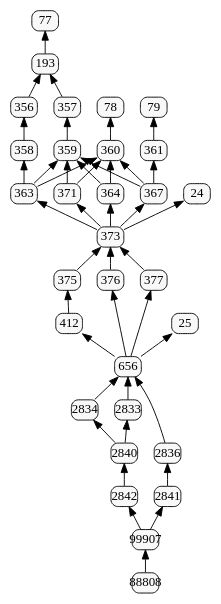
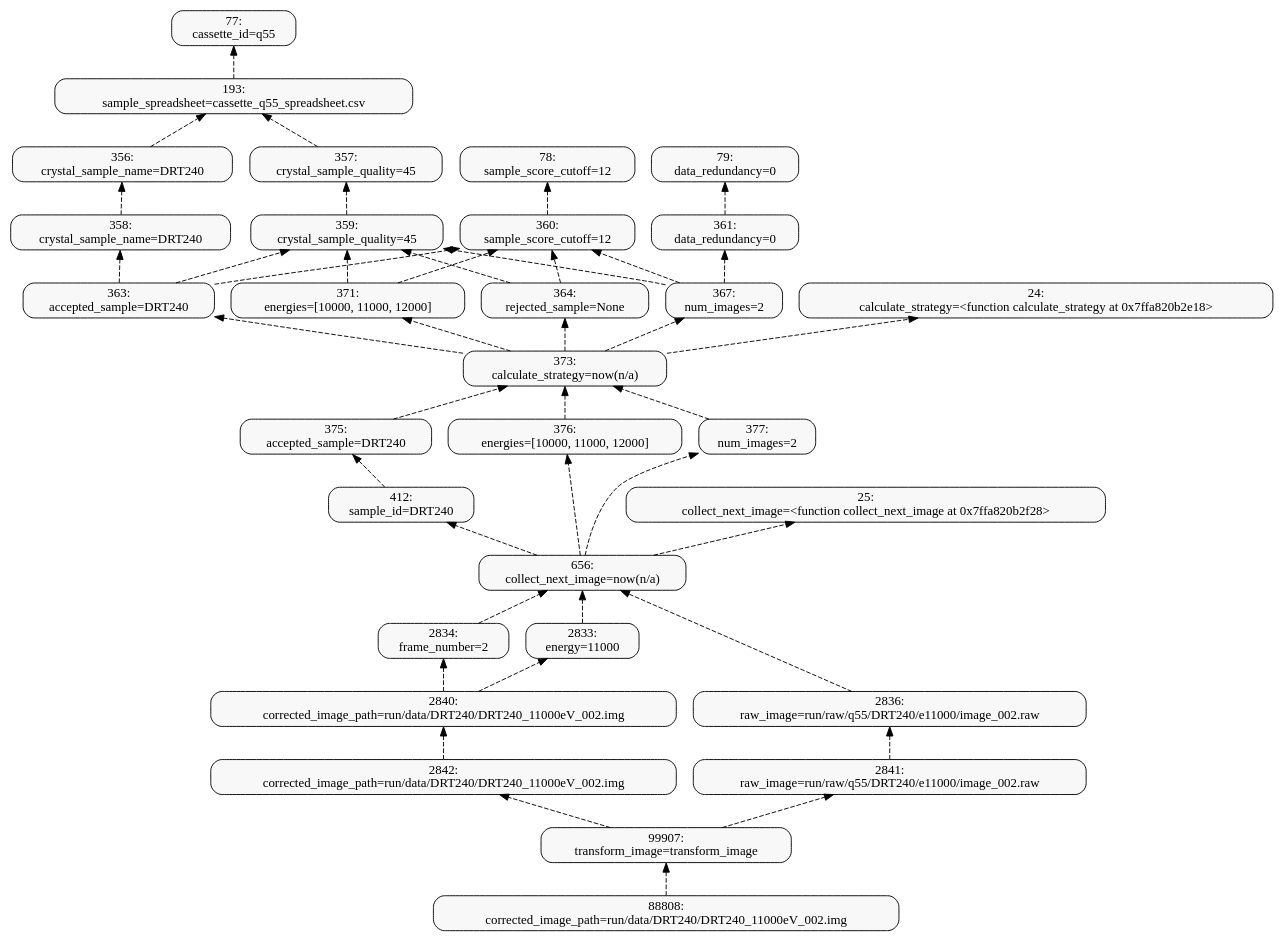
The diagram in demo/nwyw/out.gv (gems-uff/yin-yang-demo), drawn with Graphviz before and after one commit. The commit also changed 2 other files, not shown here.

Commit message:
dlv2dot now creates out.gv from Saumen's out.txt

```diff
--- a/demo/nwyw/out.gv
+++ b/demo/nwyw/out.gv
@@ -1,46 +1,45 @@
 digraph {
 rankdir=BT
-ranksep=0.35
-node [shape=box style="filled,rounded" fixedsize=true color = "#000000" fillcolor="#F8F8F8" width=0.4 height=0.3]
-edge [fontsize=9]
-193 -> 77 [color="#000000" fontcolor="#00AA00"]
-356 -> 193 [color="#000000" fontcolor="#00AA00"]
-357 -> 193 [color="#000000" fontcolor="#00AA00"]
-358 -> 356 [color="#000000" fontcolor="#00AA00"]
-359 -> 357 [color="#000000" fontcolor="#00AA00"]
-360 -> 78 [color="#000000" fontcolor="#00AA00"]
-361 -> 79 [color="#000000" fontcolor="#00AA00"]
-363 -> 358 [color="#000000" fontcolor="#00AA00"]
-363 -> 359 [color="#000000" fontcolor="#00AA00"]
-363 -> 360 [color="#000000" fontcolor="#00AA00"]
-364 -> 359 [color="#000000" fontcolor="#00AA00"]
-364 -> 360 [color="#000000" fontcolor="#00AA00"]
-367 -> 359 [color="#000000" fontcolor="#00AA00"]
-367 -> 360 [color="#000000" fontcolor="#00AA00"]
-367 -> 361 [color="#000000" fontcolor="#00AA00"]
-371 -> 359 [color="#000000" fontcolor="#00AA00"]
-371 -> 360 [color="#000000" fontcolor="#00AA00"]
-373 -> 24 [color="#000000" fontcolor="#00AA00"]
-373 -> 363 [color="#000000" fontcolor="#00AA00"]
-373 -> 364 [color="#000000" fontcolor="#00AA00"]
-373 -> 367 [color="#000000" fontcolor="#00AA00"]
-373 -> 371 [color="#000000" fontcolor="#00AA00"]
-375 -> 373 [color="#000000" fontcolor="#00AA00"]
-376 -> 373 [color="#000000" fontcolor="#00AA00"]
-377 -> 373 [color="#000000" fontcolor="#00AA00"]
-412 -> 375 [color="#000000" fontcolor="#00AA00"]
-656 -> 25 [color="#000000" fontcolor="#00AA00"]
-656 -> 376 [color="#000000" fontcolor="#00AA00"]
-656 -> 377 [color="#000000" fontcolor="#00AA00"]
-656 -> 412 [color="#000000" fontcolor="#00AA00"]
-2833 -> 656 [color="#000000" fontcolor="#00AA00"]
-2834 -> 656 [color="#000000" fontcolor="#00AA00"]
-2836 -> 656 [color="#000000" fontcolor="#00AA00"]
-2840 -> 2833 [color="#000000" fontcolor="#00AA00"]
-2840 -> 2834 [color="#000000" fontcolor="#00AA00"]
-2841 -> 2836 [color="#000000" fontcolor="#00AA00"]
-2842 -> 2840 [color="#000000" fontcolor="#00AA00"]
-88808 -> 99907 [color="#000000" fontcolor="#00AA00"]
-99907 -> 2841 [color="#000000" fontcolor="#00AA00"]
-99907 -> 2842 [color="#000000" fontcolor="#00AA00"]
+node [shape=box style="filled,rounded" color = "#000000" fillcolor="#F8F8F8"]
+edge [fontsize=9 style=dashed]
+"193:\nsample_spreadsheet=cassette_q55_spreadsheet.csv" -> "77:\ncassette_id=q55" [color="#000000" fontcolor="#00AA00"]
+"356:\ncrystal_sample_name=DRT240" -> "193:\nsample_spreadsheet=cassette_q55_spreadsheet.csv" [color="#000000" fontcolor="#00AA00"]
+"357:\ncrystal_sample_quality=45" -> "193:\nsample_spreadsheet=cassette_q55_spreadsheet.csv" [color="#000000" fontcolor="#00AA00"]
+"358:\ncrystal_sample_name=DRT240" -> "356:\ncrystal_sample_name=DRT240" [color="#000000" fontcolor="#00AA00"]
+"359:\ncrystal_sample_quality=45" -> "357:\ncrystal_sample_quality=45" [color="#000000" fontcolor="#00AA00"]
+"360:\nsample_score_cutoff=12" -> "78:\nsample_score_cutoff=12" [color="#000000" fontcolor="#00AA00"]
+"361:\ndata_redundancy=0" -> "79:\ndata_redundancy=0" [color="#000000" fontcolor="#00AA00"]
+"363:\naccepted_sample=DRT240" -> "358:\ncrystal_sample_name=DRT240" [color="#000000" fontcolor="#00AA00"]
+"363:\naccepted_sample=DRT240" -> "359:\ncrystal_sample_quality=45" [color="#000000" fontcolor="#00AA00"]
+"363:\naccepted_sample=DRT240" -> "360:\nsample_score_cutoff=12" [color="#000000" fontcolor="#00AA00"]
+"364:\nrejected_sample=None" -> "359:\ncrystal_sample_quality=45" [color="#000000" fontcolor="#00AA00"]
+"364:\nrejected_sample=None" -> "360:\nsample_score_cutoff=12" [color="#000000" fontcolor="#00AA00"]
+"367:\nnum_images=2" -> "359:\ncrystal_sample_quality=45" [color="#000000" fontcolor="#00AA00"]
+"367:\nnum_images=2" -> "360:\nsample_score_cutoff=12" [color="#000000" fontcolor="#00AA00"]
+"367:\nnum_images=2" -> "361:\ndata_redundancy=0" [color="#000000" fontcolor="#00AA00"]
+"371:\nenergies=[10000, 11000, 12000]" -> "359:\ncrystal_sample_quality=45" [color="#000000" fontcolor="#00AA00"]
+"371:\nenergies=[10000, 11000, 12000]" -> "360:\nsample_score_cutoff=12" [color="#000000" fontcolor="#00AA00"]
+"373:\ncalculate_strategy=now(n/a)" -> "24:\ncalculate_strategy=<function calculate_strategy at 0x7ffa820b2e18>" [color="#000000" fontcolor="#00AA00"]
+"373:\ncalculate_strategy=now(n/a)" -> "363:\naccepted_sample=DRT240" [color="#000000" fontcolor="#00AA00"]
+"373:\ncalculate_strategy=now(n/a)" -> "364:\nrejected_sample=None" [color="#000000" fontcolor="#00AA00"]
+"373:\ncalculate_strategy=now(n/a)" -> "367:\nnum_images=2" [color="#000000" fontcolor="#00AA00"]
+"373:\ncalculate_strategy=now(n/a)" -> "371:\nenergies=[10000, 11000, 12000]" [color="#000000" fontcolor="#00AA00"]
+"375:\naccepted_sample=DRT240" -> "373:\ncalculate_strategy=now(n/a)" [color="#000000" fontcolor="#00AA00"]
+"376:\nenergies=[10000, 11000, 12000]" -> "373:\ncalculate_strategy=now(n/a)" [color="#000000" fontcolor="#00AA00"]
+"377:\nnum_images=2" -> "373:\ncalculate_strategy=now(n/a)" [color="#000000" fontcolor="#00AA00"]
+"412:\nsample_id=DRT240" -> "375:\naccepted_sample=DRT240" [color="#000000" fontcolor="#00AA00"]
+"656:\ncollect_next_image=now(n/a)" -> "25:\ncollect_next_image=<function collect_next_image at 0x7ffa820b2f28>" [color="#000000" fontcolor="#00AA00"]
+"656:\ncollect_next_image=now(n/a)" -> "376:\nenergies=[10000, 11000, 12000]" [color="#000000" fontcolor="#00AA00"]
+"656:\ncollect_next_image=now(n/a)" -> "377:\nnum_images=2" [color="#000000" fontcolor="#00AA00"]
+"656:\ncollect_next_image=now(n/a)" -> "412:\nsample_id=DRT240" [color="#000000" fontcolor="#00AA00"]
+"2833:\nenergy=11000" -> "656:\ncollect_next_image=now(n/a)" [color="#000000" fontcolor="#00AA00"]
+"2834:\nframe_number=2" -> "656:\ncollect_next_image=now(n/a)" [color="#000000" fontcolor="#00AA00"]
+"2836:\nraw_image=run/raw/q55/DRT240/e11000/image_002.raw" -> "656:\ncollect_next_image=now(n/a)" [color="#000000" fontcolor="#00AA00"]
+"2840:\ncorrected_image_path=run/data/DRT240/DRT240_11000eV_002.img" -> "2833:\nenergy=11000" [color="#000000" fontcolor="#00AA00"]
+"2840:\ncorrected_image_path=run/data/DRT240/DRT240_11000eV_002.img" -> "2834:\nframe_number=2" [color="#000000" fontcolor="#00AA00"]
+"2841:\nraw_image=run/raw/q55/DRT240/e11000/image_002.raw" -> "2836:\nraw_image=run/raw/q55/DRT240/e11000/image_002.raw" [color="#000000" fontcolor="#00AA00"]
+"2842:\ncorrected_image_path=run/data/DRT240/DRT240_11000eV_002.img" -> "2840:\ncorrected_image_path=run/data/DRT240/DRT240_11000eV_002.img" [color="#000000" fontcolor="#00AA00"]
+"88808:\ncorrected_image_path=run/data/DRT240/DRT240_11000eV_002.img" -> "99907:\ntransform_image=transform_image" [color="#000000" fontcolor="#00AA00"]
+"99907:\ntransform_image=transform_image" -> "2841:\nraw_image=run/raw/q55/DRT240/e11000/image_002.raw" [color="#000000" fontcolor="#00AA00"]
+"99907:\ntransform_image=transform_image" -> "2842:\ncorrected_image_path=run/data/DRT240/DRT240_11000eV_002.img" [color="#000000" fontcolor="#00AA00"]
 }
```
